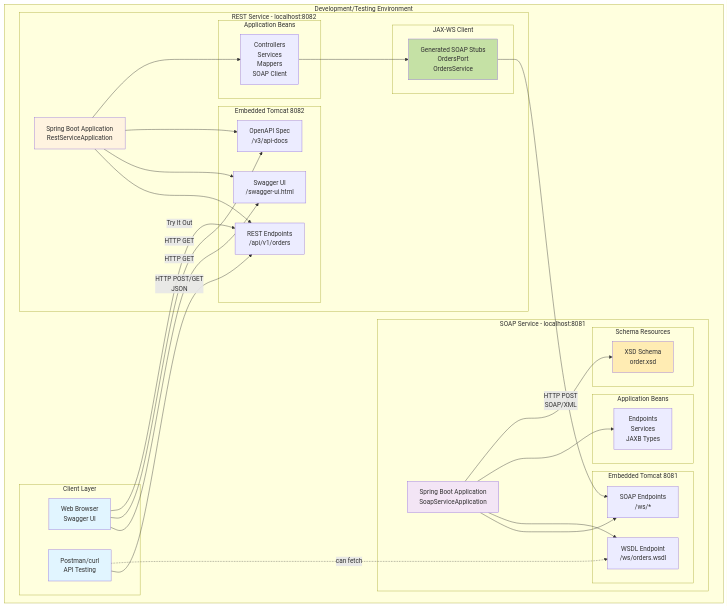
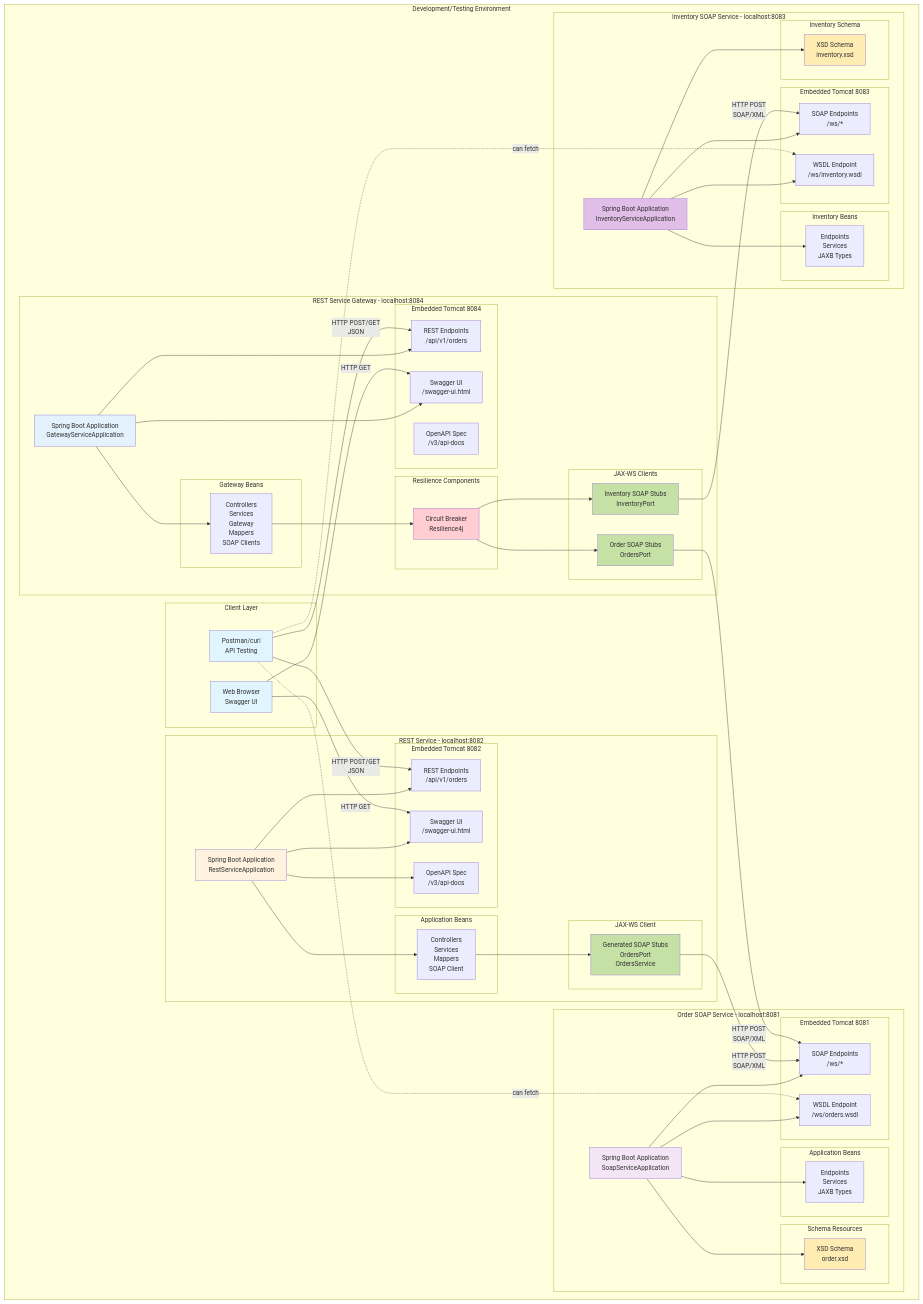
One commit to thuongtlh/soap-demo changed the first of 5 diagrams in docs/deployment-architecture.md. Above: the diagram before and after it, drawn with Mermaid. The commit also changed other lines of this file and 4 other files, not shown here.

Commit message:
Update docs folder to include new services (inventory-soap-service and rest-service-gateway)

````diff
--- a/docs/deployment-architecture.md
+++ b/docs/deployment-architecture.md
@@ -8,6 +8,36 @@
         subgraph "Client Layer"
             Browser[Web Browser<br/>Swagger UI]
             Postman[Postman/curl<br/>API Testing]
+        end
+        
+        subgraph "REST Service Gateway - localhost:8084"
+            GatewayApp[Spring Boot Application<br/>GatewayServiceApplication]
+            
+            subgraph "Embedded Tomcat 8084"
+                GatewayEndpoints[REST Endpoints<br/>/api/v1/orders]
+                GatewaySwagger[Swagger UI<br/>/swagger-ui.html]
+                GatewayOpenAPI[OpenAPI Spec<br/>/v3/api-docs]
+            end
+            
+            subgraph "Gateway Beans"
+                GatewayComponents[Controllers<br/>Services<br/>Gateway<br/>Mappers<br/>SOAP Clients]
+            end
+            
+            subgraph "Resilience Components"
+                CircuitBreaker[Circuit Breaker<br/>Resilience4j]
+            end
+            
+            subgraph "JAX-WS Clients"
+                OrderStubs[Order SOAP Stubs<br/>OrdersPort]
+                InventoryStubs[Inventory SOAP Stubs<br/>InventoryPort]
+            end
+            
+            GatewayApp --> GatewayEndpoints
+            GatewayApp --> GatewaySwagger
+            GatewayApp --> GatewayComponents
+            GatewayComponents --> CircuitBreaker
+            CircuitBreaker --> OrderStubs
+            CircuitBreaker --> InventoryStubs
         end
         
         subgraph "REST Service - localhost:8082"
@@ -34,7 +64,7 @@
             RestComponents --> JAXWSStubs
         end
         
-        subgraph "SOAP Service - localhost:8081"
+        subgraph "Order SOAP Service - localhost:8081"
             SoapApp[Spring Boot Application<br/>SoapServiceApplication]
             
             subgraph "Embedded Tomcat 8081"
@@ -56,20 +86,51 @@
             SoapApp --> XSDSchema
         end
         
+        subgraph "Inventory SOAP Service - localhost:8083"
+            InventoryApp[Spring Boot Application<br/>InventoryServiceApplication]
+            
+            subgraph "Embedded Tomcat 8083"
+                InventoryEndpoints[SOAP Endpoints<br/>/ws/*]
+                InventoryWSDL[WSDL Endpoint<br/>/ws/inventory.wsdl]
+            end
+            
+            subgraph "Inventory Beans"
+                InventoryComponents[Endpoints<br/>Services<br/>JAXB Types]
+            end
+            
+            subgraph "Inventory Schema"
+                InventoryXSD[XSD Schema<br/>inventory.xsd]
+            end
+            
+            InventoryApp --> InventoryEndpoints
+            InventoryApp --> InventoryWSDL
+            InventoryApp --> InventoryComponents
+            InventoryApp --> InventoryXSD
+        end
+        
+        Browser -->|HTTP GET| GatewaySwagger
         Browser -->|HTTP GET| SwaggerUI
-        Browser -->|HTTP GET| OpenAPISpec
+        Postman -->|HTTP POST/GET<br/>JSON| GatewayEndpoints
         Postman -->|HTTP POST/GET<br/>JSON| RestEndpoints
-        Browser -->|Try It Out| RestEndpoints
         
         JAXWSStubs -->|HTTP POST<br/>SOAP/XML| SoapEndpoints
+        OrderStubs -->|HTTP POST<br/>SOAP/XML| SoapEndpoints
+        InventoryStubs -->|HTTP POST<br/>SOAP/XML| InventoryEndpoints
         
         Postman -.can fetch.-> WSDLEndpoint
+        Postman -.can fetch.-> InventoryWSDL
     end
     
     style Browser fill:#e1f5ff
     style Postman fill:#e1f5ff
+    style GatewayApp fill:#e3f2fd
     style RestApp fill:#fff3e0
     style SoapApp fill:#f3e5f5
+    style InventoryApp fill:#e1bee7
     style JAXWSStubs fill:#c5e1a5
+    style OrderStubs fill:#c5e1a5
+    style InventoryStubs fill:#c5e1a5
     style XSDSchema fill:#ffecb3
+    style InventoryXSD fill:#ffecb3
+    style CircuitBreaker fill:#ffcdd2
 ```
````
